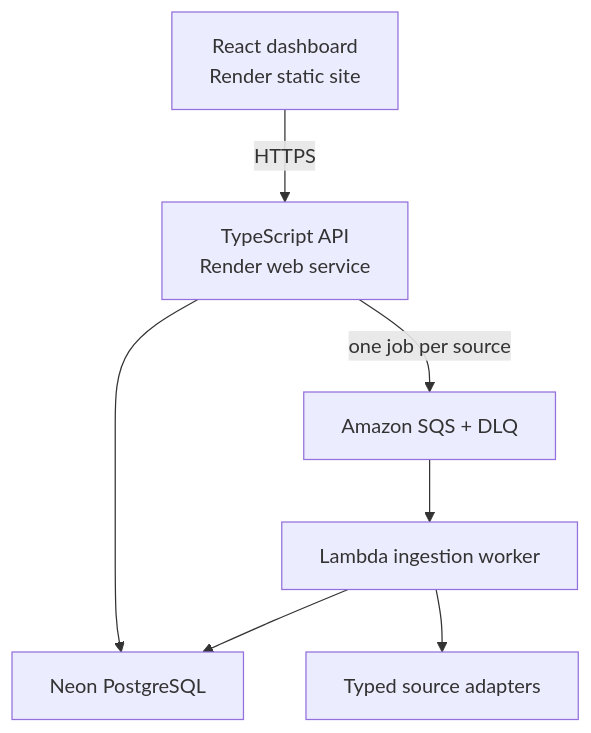
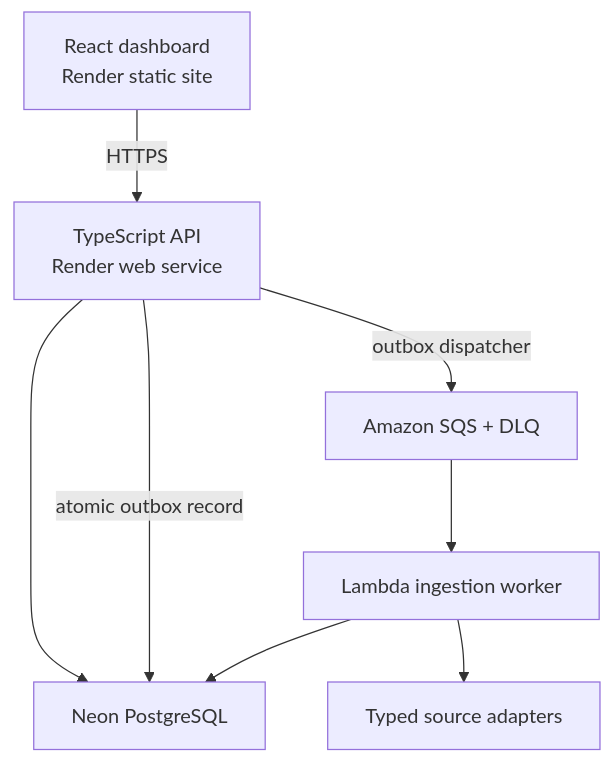
One commit to Zebishah/DealerFlow changed the diagram in rta-marketing/README.md. Above: the diagram before and after it, drawn with Mermaid. The commit also changed other lines of this file, not shown here.

````diff
--- a/rta-marketing/README.md
+++ b/rta-marketing/README.md
@@ -20,9 +20,10 @@
 ```mermaid
 flowchart TD
   UI["React dashboard<br/>Render static site"] -->|HTTPS| API["TypeScript API<br/>Render web service"]
   API --> DB["Neon PostgreSQL"]
-  API -->|one job per source| SQS["Amazon SQS + DLQ"]
+  API -->|atomic outbox record| DB
+  API -->|outbox dispatcher| SQS["Amazon SQS + DLQ"]
   SQS --> WORKER["Lambda ingestion worker"]
   WORKER --> SOURCES["Typed source adapters"]
   WORKER --> DB
 ```
````
